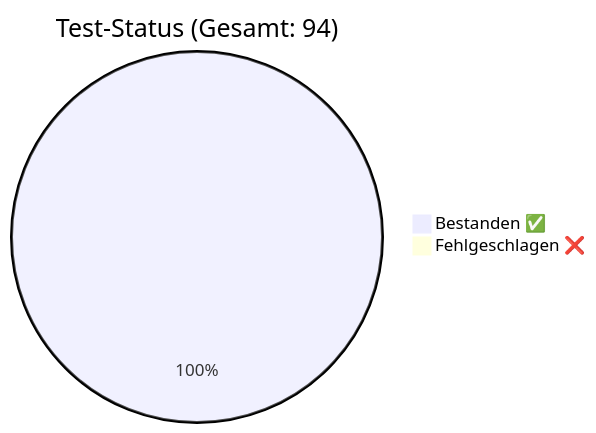
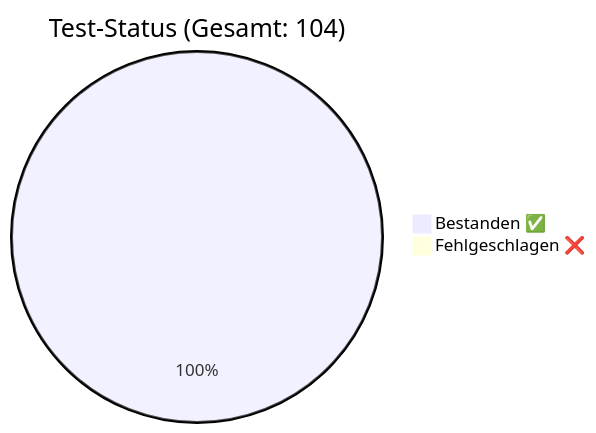
The diagram in docs/QA_Report.md (rorila/GCS), drawn with Mermaid before and after one commit. The commit also changed other lines of this file and 9 other files, not shown here.

````diff
--- a/docs/QA_Report.md
+++ b/docs/QA_Report.md
@@ -7,5 +7,5 @@
 ```mermaid
-pie title Test-Status (Gesamt: 94)
-    "Bestanden ✅" : 94
+pie title Test-Status (Gesamt: 104)
+    "Bestanden ✅" : 104
     "Fehlgeschlagen ❌" : 0
 ```
````
